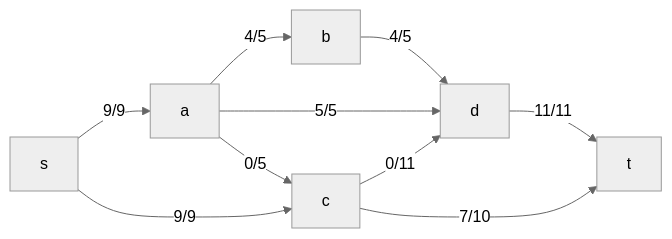
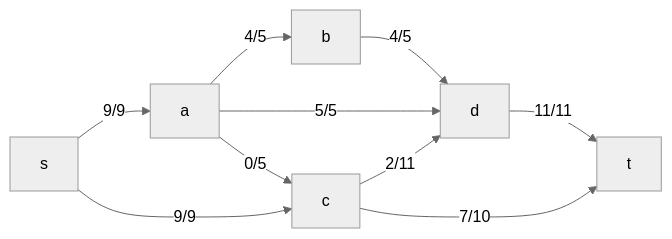
One commit to hse-algo-24-crow/manual-tasks-crow changed diagram 12 of 12 in task-10/goidaz.md. Above: the diagram before and after it, drawn with Mermaid (neutral theme). The commit also changed other lines of this file, not shown here.

````diff
--- a/task-10/goidaz.md
+++ b/task-10/goidaz.md
@@ -311,12 +311,12 @@
 ```mermaid
 graph LR
     s-->|9/9|a
     s-->|9/9|c
     a-->|4/5|b
     a-->|5/5|d
     a-->|0/5|c
-    c-->|0/11|d
+    c-->|2/11|d
     b-->|4/5|d
     d-->|11/11|t
     c-->|7/10|t
 ```
````
